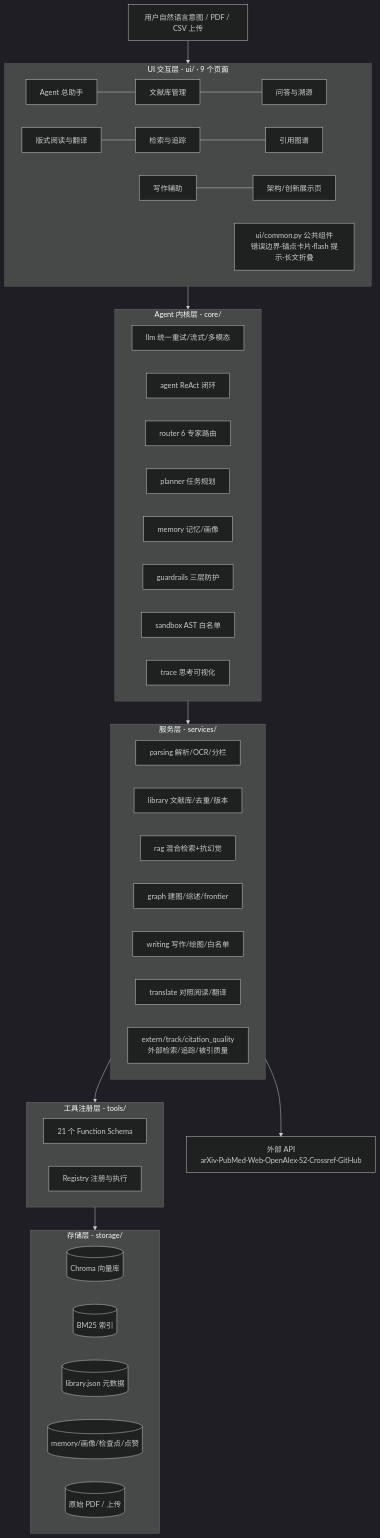
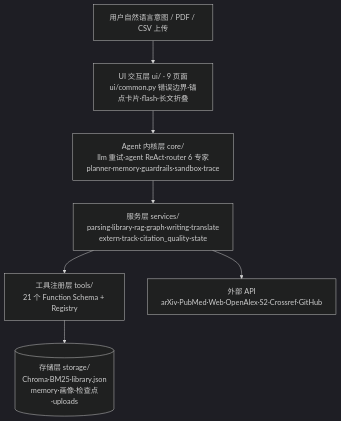
The first of 5 diagrams in docs/technical_doc.md (Through1n/ai_research_agent), drawn with Mermaid (dark theme) before and after one commit. The commit also changed other lines of this file and 17 other files, not shown here.

````diff
--- a/docs/technical_doc.md
+++ b/docs/technical_doc.md
@@ -146,55 +142,10 @@
 ```mermaid
 flowchart TD
     U[用户自然语言意图 / PDF / CSV 上传] --> UI
-
-    subgraph UI[UI 交互层 - ui/ · 9 个页面]
-        A1[Agent 总助手] --- A2[文献库管理] --- A3[问答与溯源]
-        A4[版式阅读与翻译] --- A5[检索与追踪] --- A6[引用图谱]
-        A7[写作辅助] --- A8[架构/创新展示页]
-        C1[ui/common.py 公共组件<br/>错误边界·锚点卡片·flash 提示·长文折叠]
-    end
-
-    UI --> CORE
-
-    subgraph CORE[Agent 内核层 - core/]
-        B1[llm 统一重试/流式/多模态]
-        B2[agent ReAct 闭环]
-        B3[router 6 专家路由]
-        B4[planner 任务规划]
-        B5[memory 记忆/画像]
-        B6[guardrails 三层防护]
-        B7[sandbox AST 白名单]
-        B8[trace 思考可视化]
-    end
-
-    CORE --> SVC
-
-    subgraph SVC[服务层 - services/]
-        S1[parsing 解析/OCR/分栏]
-        S2[library 文献库/去重/版本]
-        S3[rag 混合检索+抗幻觉]
-        S4[graph 建图/综述/frontier]
-        S5[writing 写作/绘图/白名单]
-        S6[translate 对照阅读/翻译]
-        S7[extern/track/citation_quality<br/>外部检索/追踪/被引质量]
-    end
-
-    SVC --> TOOL
-
-    subgraph TOOL[工具注册层 - tools/]
-        T1[21 个 Function Schema]
-        T2[Registry 注册与执行]
-    end
-
-    TOOL --> STO
-
-    subgraph STO[存储层 - storage/]
-        M1[(Chroma 向量库)]
-        M2[(BM25 索引)]
-        M3[(library.json 元数据)]
-        M4[(memory/画像/检查点/点赞)]
-        M5[(原始 PDF / 上传)]
-    end
-
+    UI["UI 交互层 ui/ · 9 页面<br/>ui/common.py 错误边界·锚点卡片·flash·长文折叠"] --> CORE
+    CORE["Agent 内核层 core/<br/>llm 重试·agent ReAct·router 6 专家<br/>planner·memory·guardrails·sandbox·trace"] --> SVC
+    SVC["服务层 services/<br/>parsing·library·rag·graph·writing·translate<br/>extern·track·citation_quality·state"] --> TOOL
+    TOOL["工具注册层 tools/<br/>21 个 Function Schema + Registry"] --> STO
+    STO[("存储层 storage/<br/>Chroma·BM25·library.json<br/>memory·画像·检查点·uploads")]
     SVC --> EXT[外部 API<br/>arXiv·PubMed·Web·OpenAlex·S2·Crossref·GitHub]
 ```
````
